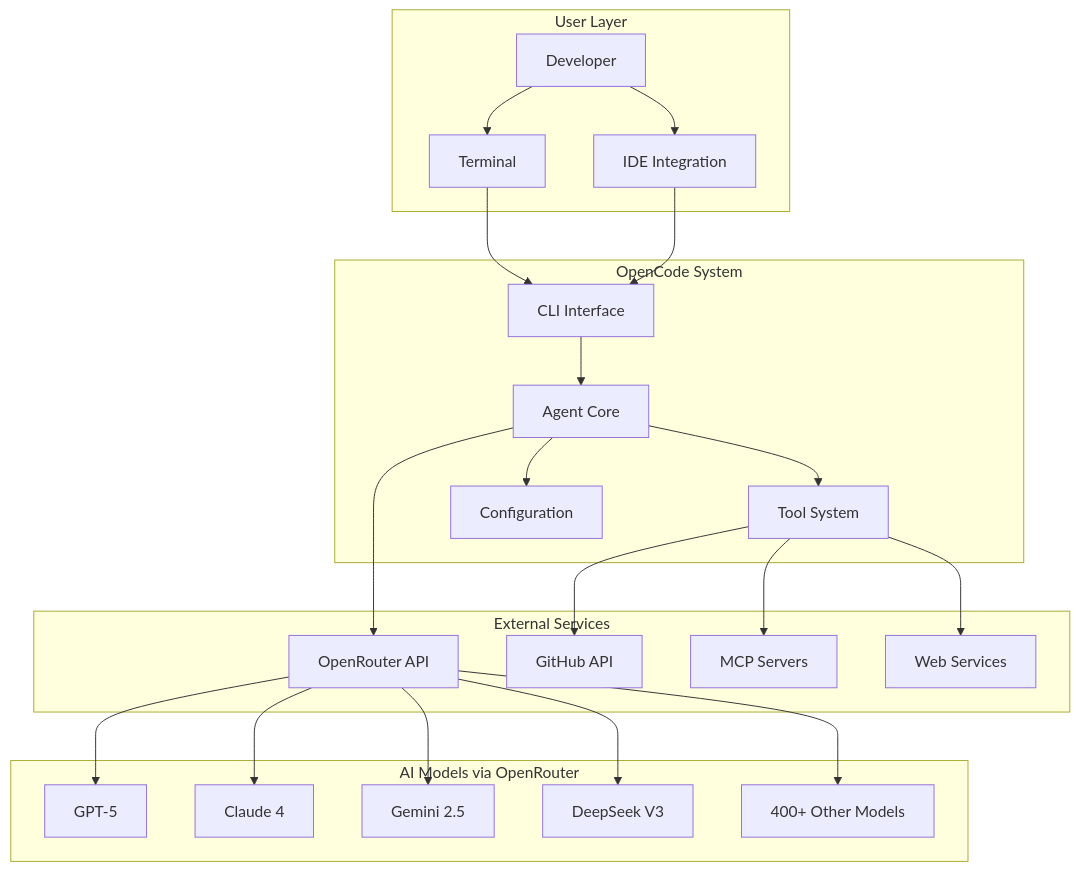
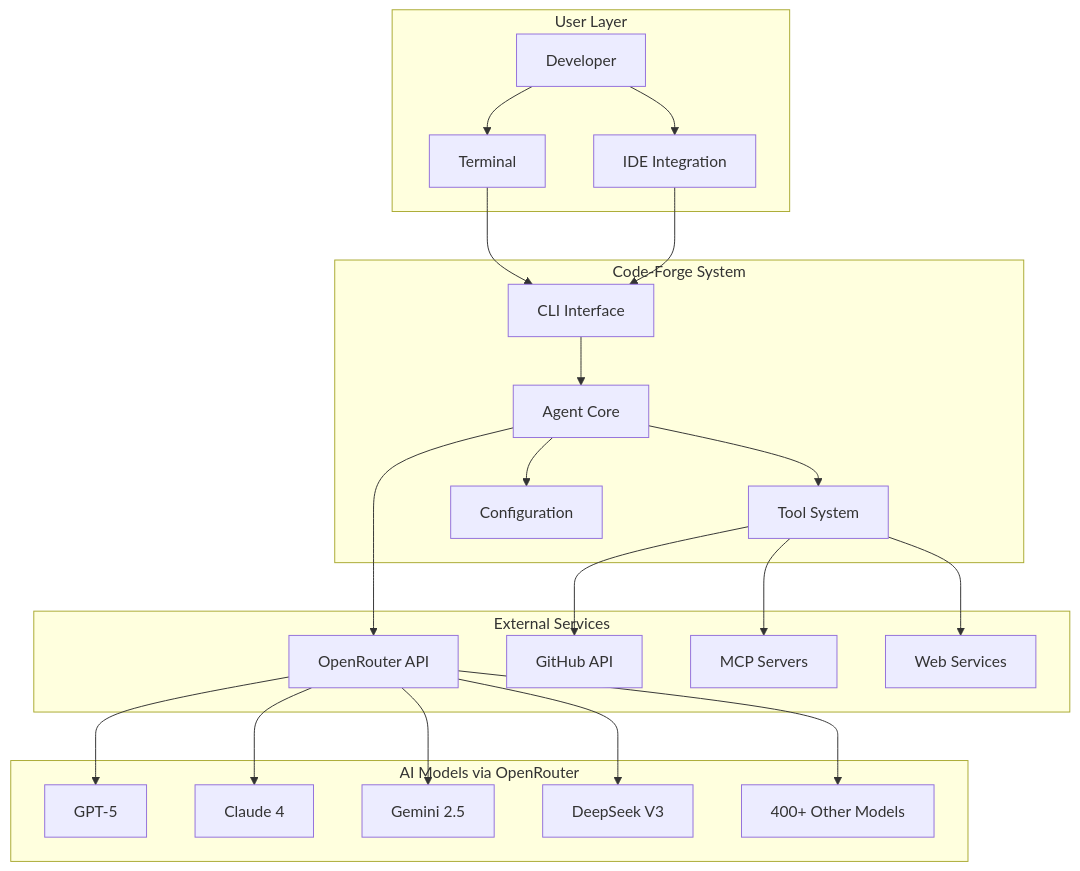
One commit to corey-rosamond/Code-Forge changed the second of 38 diagrams in .ai/reference/UML.md. Above: the diagram before and after it, drawn with Mermaid. The commit also changed other lines of this file and 505 other files, not shown here.

First line of the commit message:
Rename project from OpenCode to Code-Forge

````diff
--- a/.ai/reference/UML.md
+++ b/.ai/reference/UML.md
@@ -52,47 +52,47 @@
 ```mermaid
 flowchart TB
     subgraph User["User Layer"]
         DEV[Developer]
         TERM[Terminal]
         IDE[IDE Integration]
     end
 
-    subgraph OpenCode["OpenCode System"]
+    subgraph Code-Forge["Code-Forge System"]
         CLI[CLI Interface]
         AGENT[Agent Core]
         TOOLS[Tool System]
         CONFIG[Configuration]
     end
 
     subgraph External["External Services"]
         OR[OpenRouter API]
         GH[GitHub API]
         MCP[MCP Servers]
         WEB[Web Services]
     end
 
     subgraph Models["AI Models via OpenRouter"]
         GPT5[GPT-5]
         CLAUDE[Claude 4]
         GEMINI[Gemini 2.5]
         DEEPSEEK[DeepSeek V3]
         OTHER[400+ Other Models]
     end
 
     DEV --> TERM
     DEV --> IDE
     TERM --> CLI
     IDE --> CLI
     CLI --> AGENT
     AGENT --> TOOLS
     AGENT --> CONFIG
     AGENT --> OR
     TOOLS --> GH
     TOOLS --> MCP
     TOOLS --> WEB
     OR --> GPT5
     OR --> CLAUDE
     OR --> GEMINI
     OR --> DEEPSEEK
     OR --> OTHER
 ```
````
